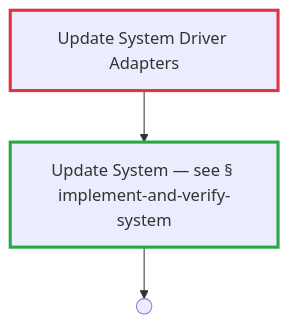
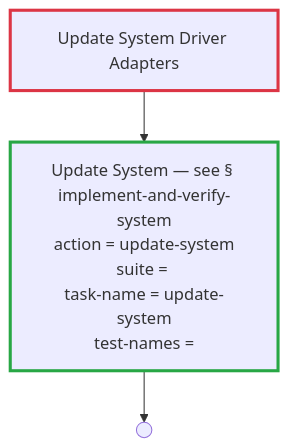
Before and after one commit to optivem/gh-optivem: the ninth of 51 diagrams in docs/process-diagram.md, drawn with Mermaid. The commit also changed other lines of this file and 3 other files, not shown here.

````diff
--- a/docs/process-diagram.md
+++ b/docs/process-diagram.md
@@ -203,15 +203,15 @@
 ```mermaid
 flowchart TD
-    IMPLEMENT_AND_VERIFY_SYSTEM[Update System — see § implement-and-verify-system]
+    UPDATE_SYSTEM_DRIVER_ADAPTERS[Update System Driver Adapters]
+    IMPLEMENT_AND_VERIFY_SYSTEM["Update System — see § implement-and-verify-system<br/>action = update-system<br/>suite = <br/>task-name = update-system<br/>test-names = "]
     REDESIGN_END(( ))
-    UPDATE_SYSTEM_DRIVER_ADAPTERS[Update System Driver Adapters]
 
     UPDATE_SYSTEM_DRIVER_ADAPTERS --> IMPLEMENT_AND_VERIFY_SYSTEM
     IMPLEMENT_AND_VERIFY_SYSTEM --> REDESIGN_END
 
     classDef tddRedNode stroke:#dc3545,stroke-width:3px
     class UPDATE_SYSTEM_DRIVER_ADAPTERS tddRedNode
 
     classDef tddGreenNode stroke:#28a745,stroke-width:3px
     class IMPLEMENT_AND_VERIFY_SYSTEM tddGreenNode
 ```
````
